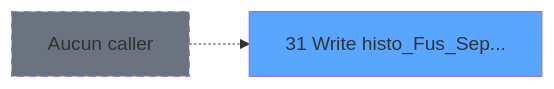
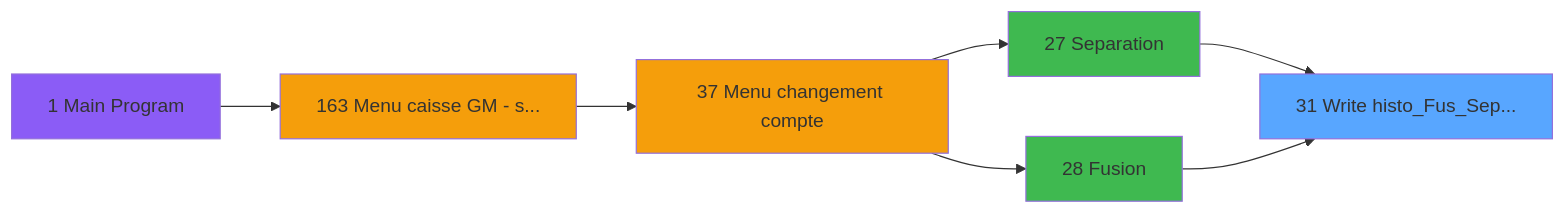
One commit to thonyAGP/magic-migration changed the second of 3 diagrams in .openspec/specs/ADH-IDE-31.md. Above: the diagram before and after it, drawn with Mermaid. The commit also changed other lines of this file and 253 other files, not shown here.

````diff
--- a/.openspec/specs/ADH-IDE-31.md
+++ b/.openspec/specs/ADH-IDE-31.md
@@ -154,8 +171,21 @@
 ```mermaid
 graph LR
     T31[31 Write histo_Fus_Sep...]
     style T31 fill:#58a6ff
-    NONE[Aucun caller]
-    NONE -.-> T31
-    style NONE fill:#6b7280,stroke-dasharray: 5 5
+    CC1[1 Main Program]
+    style CC1 fill:#8b5cf6
+    CC163[163 Menu caisse GM - s...]
+    style CC163 fill:#f59e0b
+    CC37[37 Menu changement compte]
+    style CC37 fill:#f59e0b
+    CC27[27 Separation]
+    style CC27 fill:#3fb950
+    CC28[28 Fusion]
+    style CC28 fill:#3fb950
+    CC37 --> CC27
+    CC37 --> CC28
+    CC163 --> CC37
+    CC1 --> CC163
+    CC27 --> T31
+    CC28 --> T31
 ```
````
